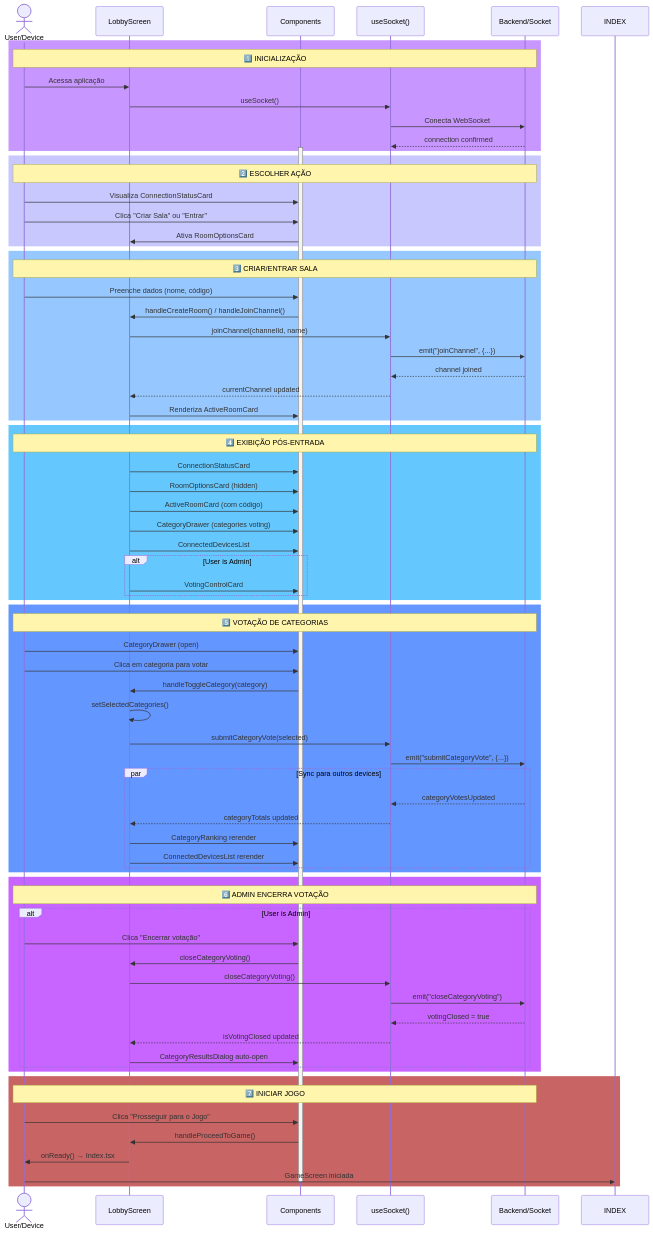
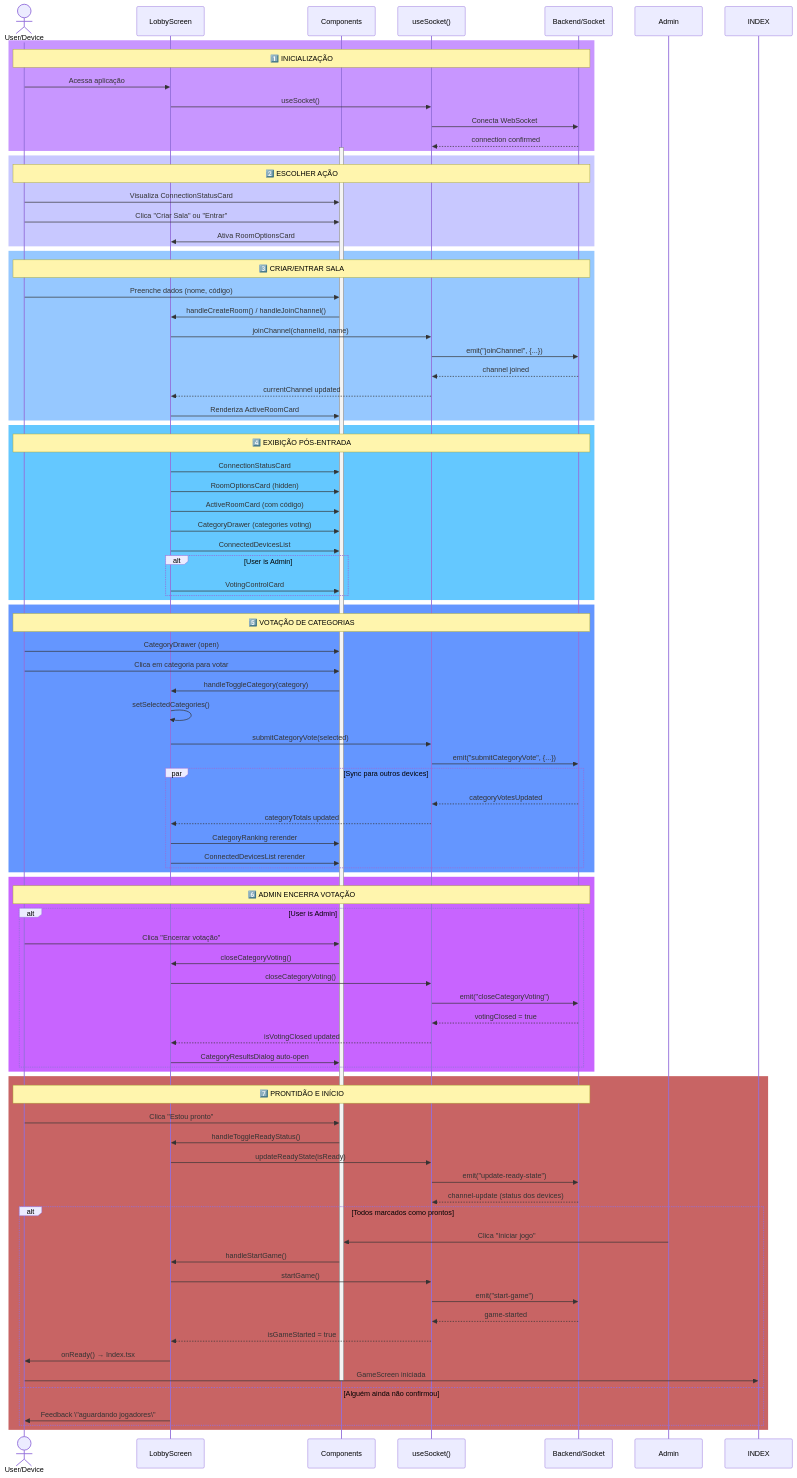
Before and after one commit to victordsgamorim/quiz-credo: the first of 2 diagrams in src/components/lobby/README.md, drawn with Mermaid. The commit also changed other lines of this file and 8 other files, not shown here.

First line of the commit message:
Add player readiness flow and admin-controlled game start

````diff
--- a/src/components/lobby/README.md
+++ b/src/components/lobby/README.md
@@ -141,11 +142,24 @@
     end
 
     rect rgb(200, 100, 100)
-        Note over User,SERVER: 7️⃣ INICIAR JOGO
-        User->>CARD: Clica "Prosseguir para o Jogo"
-        CARD->>LS: handleProceedToGame()
-        LS->>User: onReady() → Index.tsx
-        User->>INDEX: GameScreen iniciada
-        deactivate CARD
+        Note over User,SERVER: 7️⃣ PRONTIDÃO E INÍCIO
+        User->>CARD: Clica "Estou pronto"
+        CARD->>LS: handleToggleReadyStatus()
+        LS->>HOOK: updateReadyState(isReady)
+        HOOK->>SERVER: emit("update-ready-state")
+        SERVER-->>HOOK: channel-update (status dos devices)
+        alt Todos marcados como prontos
+            Admin->>CARD: Clica "Iniciar jogo"
+            CARD->>LS: handleStartGame()
+            LS->>HOOK: startGame()
+            HOOK->>SERVER: emit("start-game")
+            SERVER-->>HOOK: game-started
+            HOOK-->>LS: isGameStarted = true
+            LS->>User: onReady() → Index.tsx
+            User->>INDEX: GameScreen iniciada
+            deactivate CARD
+        else Alguém ainda não confirmou
+            LS->>User: Feedback \"aguardando jogadores\"
+        end
     end
 ```
````
